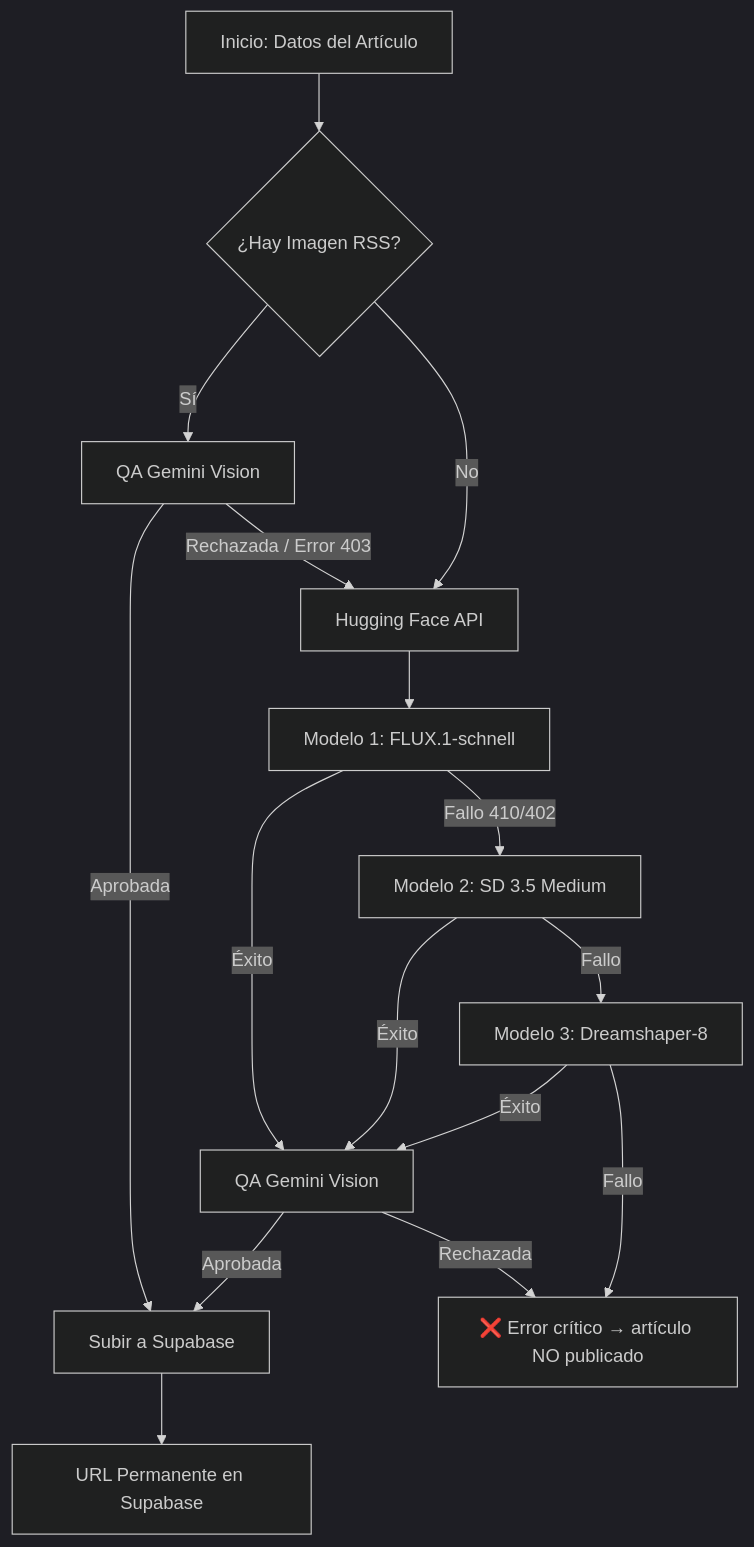
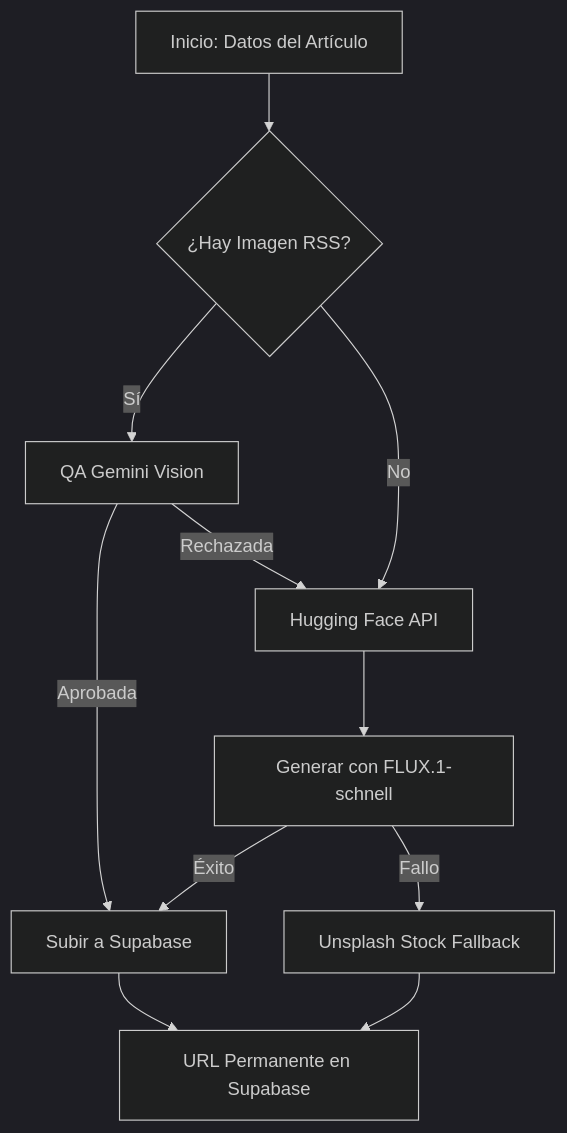
The second of 2 diagrams in docs/04 - Flujos de Trabajo.md (CarlosEmerito/EmeDotEme), drawn with Mermaid (dark theme) before and after one commit. The commit also changed other lines of this file and 50 other files, not shown here.

````diff
--- a/docs/04 - Flujos de Trabajo.md
+++ b/docs/04 - Flujos de Trabajo.md
@@ -68,18 +67,13 @@
 ```mermaid
 graph TD
     A[Inicio: Datos del Artículo] --> B{¿Hay Imagen RSS?}
     B -- Sí --> E[QA Gemini Vision]
     B -- No --> D[Hugging Face API]
     E -- Aprobada --> F[Subir a Supabase]
-    E -- Rechazada / Error 403 --> D
-    D --> M1["Modelo 1: FLUX.1-schnell"]
-    M1 -- Éxito --> QA2[QA Gemini Vision]
-    M1 -- Fallo 410/402 --> M2["Modelo 2: SD 3.5 Medium"]
-    M2 -- Éxito --> QA2
-    M2 -- Fallo --> M3["Modelo 3: Dreamshaper-8"]
-    M3 -- Éxito --> QA2
-    M3 -- Fallo --> ERR["❌ Error crítico → artículo NO publicado"]
-    QA2 -- Aprobada --> F
-    QA2 -- Rechazada --> ERR
+    E -- Rechazada --> D
+    D --> I[Generar con FLUX.1-schnell]
+    I -- Éxito --> F
+    I -- Fallo --> K[Unsplash Stock Fallback]
+    K --> L[Imagen Final]
     F --> L[URL Permanente en Supabase]
 ```
````
